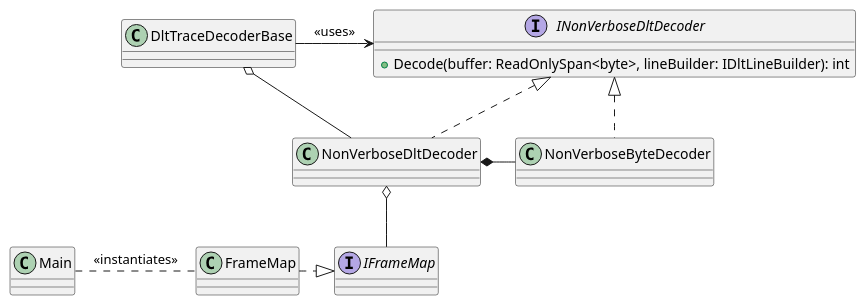
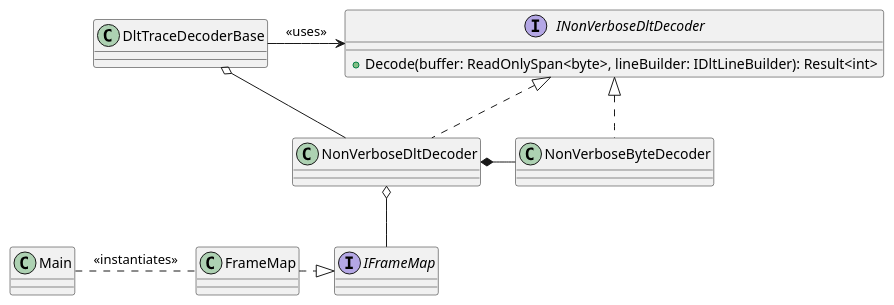
The diagram in TraceReader.Dlt/docs/diagrams/DLT.DecoderNonVerbose.plantuml (jcurl/RJCP.DLL.Log), drawn with PlantUML before and after one commit. The commit also changed 10 other files, not shown here.

First line of the commit message:
DLT: Update UML for decoding with `Result<int>`

```diff
--- a/TraceReader.Dlt/docs/diagrams/DLT.DecoderNonVerbose.plantuml
+++ b/TraceReader.Dlt/docs/diagrams/DLT.DecoderNonVerbose.plantuml
@@ -1,24 +1,24 @@
 @startuml DLT.DecoderNonVerbose
 class DltTraceDecoderBase
 DltTraceDecoderBase -r-> INonVerboseDltDecoder : <<uses>>
 DltTraceDecoderBase o-d- NonVerboseDltDecoder
 
 interface INonVerboseDltDecoder {
-    +Decode(buffer: ReadOnlySpan<byte>, lineBuilder: IDltLineBuilder): int
+    +Decode(buffer: ReadOnlySpan<byte>, lineBuilder: IDltLineBuilder): Result<int>
 }
 
 class NonVerboseByteDecoder
 INonVerboseDltDecoder <|.d. NonVerboseByteDecoder
 
 interface IFrameMap
 class FrameMap
 IFrameMap <|.l. FrameMap
 
 class NonVerboseDltDecoder
 INonVerboseDltDecoder <|.d. NonVerboseDltDecoder
 NonVerboseDltDecoder *-r- NonVerboseByteDecoder
 NonVerboseDltDecoder o-d- IFrameMap
 
 class Main
 Main .r. FrameMap : <<instantiates>>
 @enduml
```
